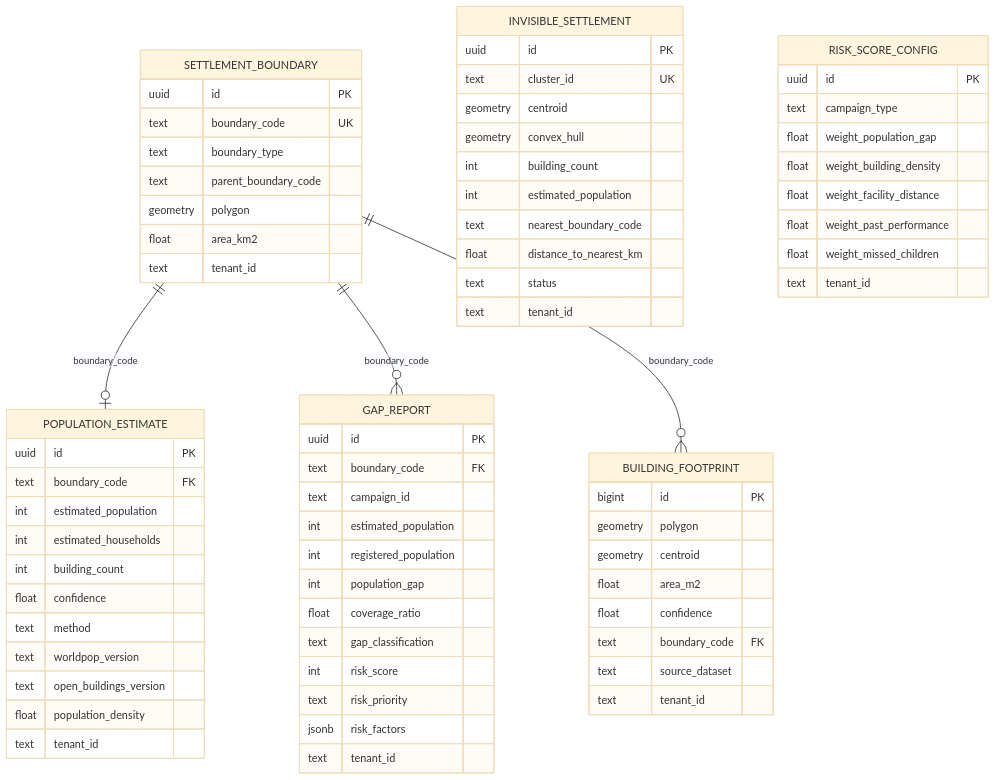
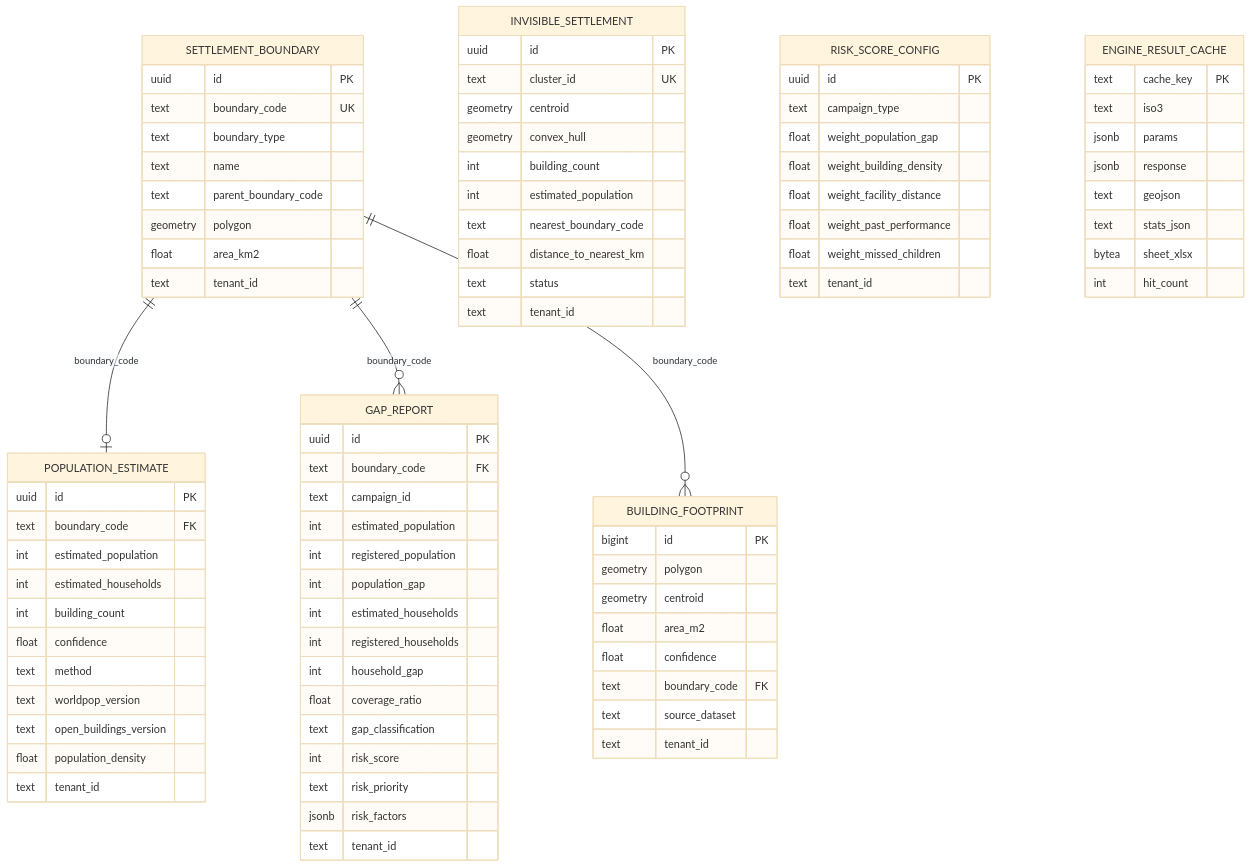
One commit to KAshyapk07/eGov-PDI changed the fourth of 4 diagrams in PES-U/population-denominator-intelligence/README.md. Above: the diagram before and after it, drawn with Mermaid (base theme). The commit also changed other lines of this file and 104 other files, not shown here.

````diff
--- a/PES-U/population-denominator-intelligence/README.md
+++ b/PES-U/population-denominator-intelligence/README.md
@@ -303,6 +481,7 @@
         uuid id PK
         text boundary_code UK
         text boundary_type
+        text name
         text parent_boundary_code
         geometry polygon
         float area_km2
@@ -328,6 +507,9 @@
         int estimated_population
         int registered_population
         int population_gap
+        int estimated_households
+        int registered_households
+        int household_gap
         float coverage_ratio
         text gap_classification
         int risk_score
@@ -367,4 +549,14 @@
         float weight_missed_children
         text tenant_id
     }
+    ENGINE_RESULT_CACHE {
+        text cache_key PK
+        text iso3
+        jsonb params
+        jsonb response
+        text geojson
+        text stats_json
+        bytea sheet_xlsx
+        int hit_count
+    }
 ```
````
